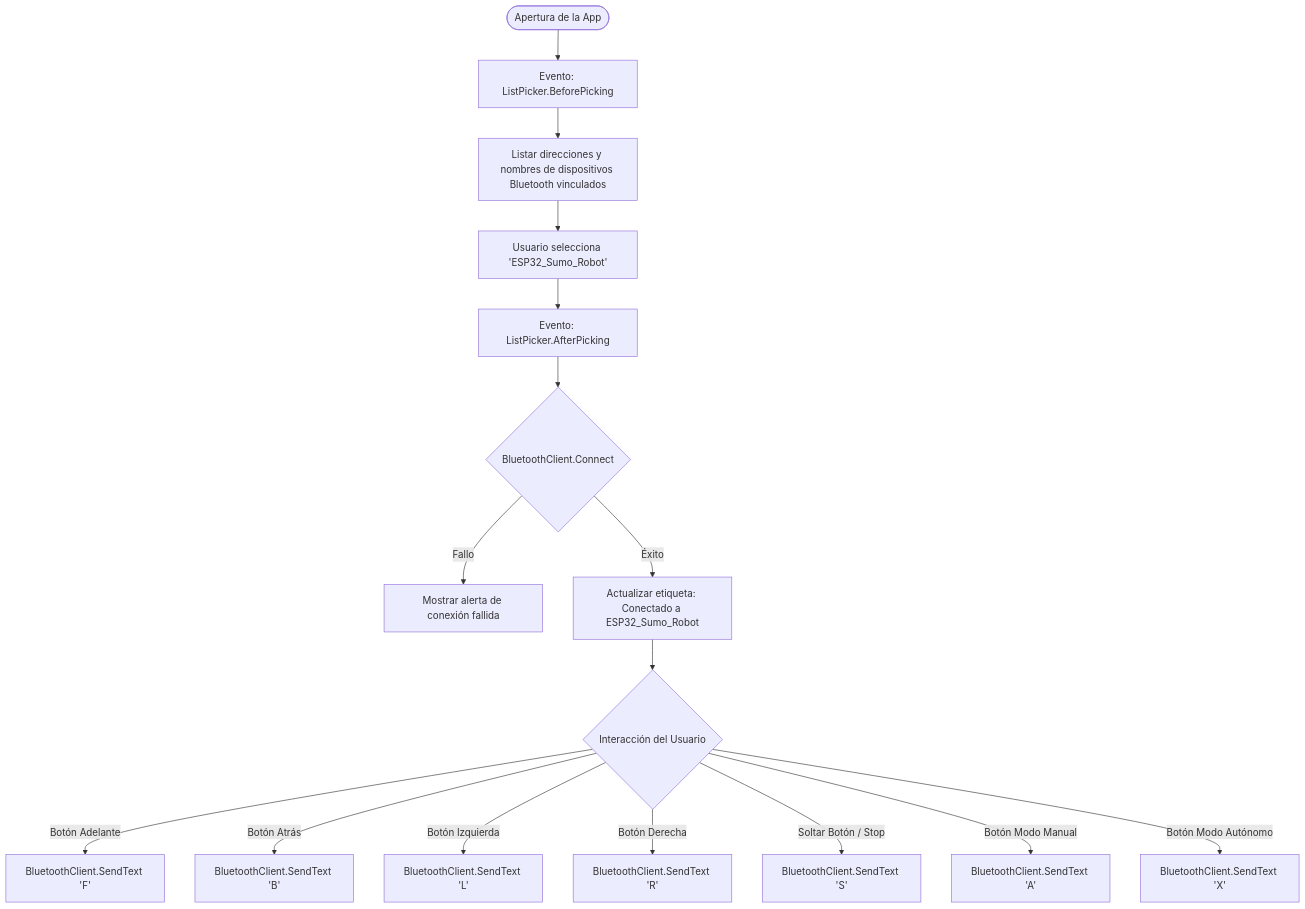
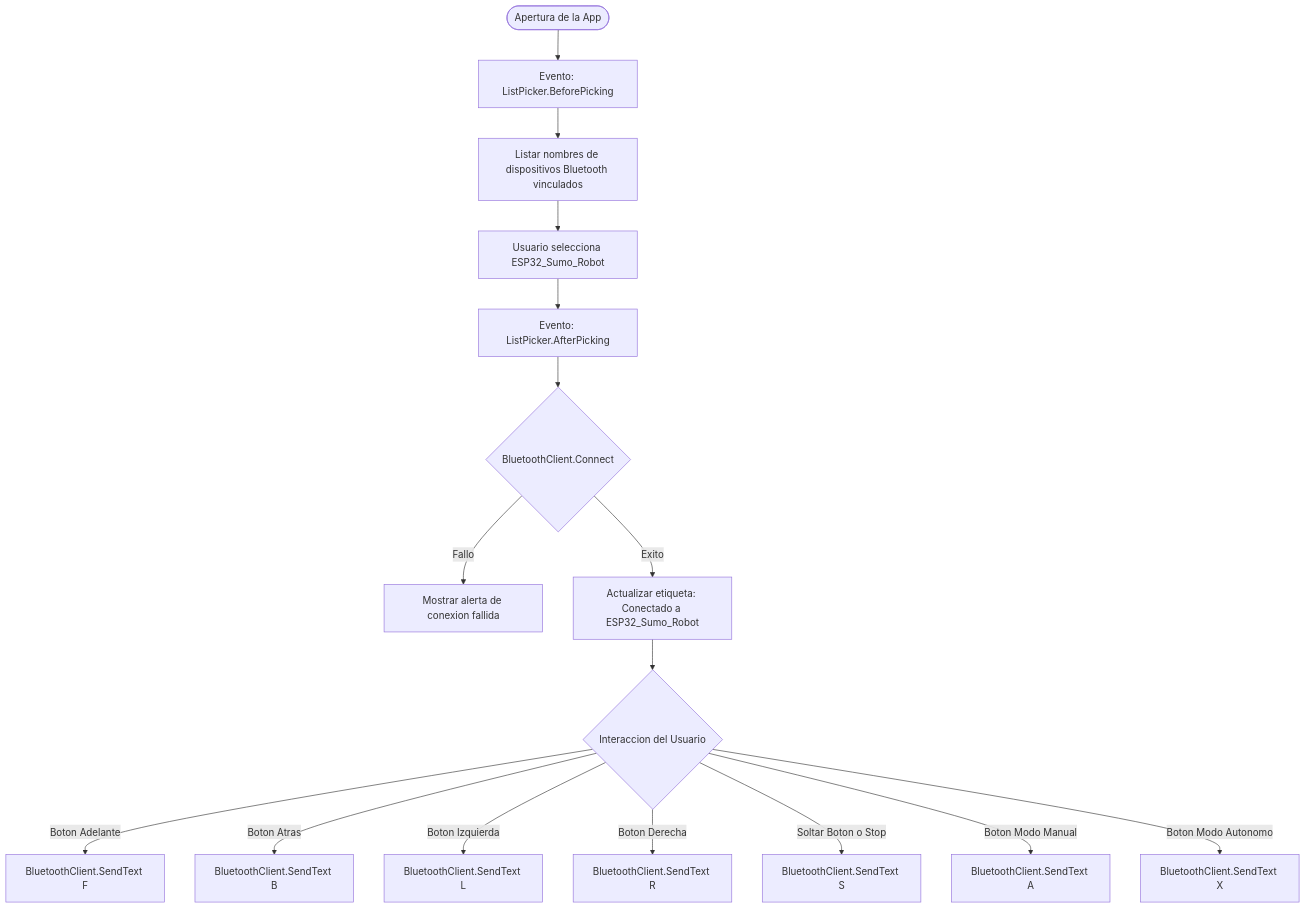
One commit to paulinopaul/robot_sumo_usando_agentes_ia changed the diagram in app/README.md. Above: the diagram before and after it, drawn with Mermaid. The commit also changed 2 other files, not shown here.

````diff
--- a/app/README.md
+++ b/app/README.md
@@ -27,22 +27,22 @@
 ```mermaid
 flowchart TD
     AppLaunch([Apertura de la App]) --> ListPickerBefore[Evento: ListPicker.BeforePicking]
-    ListPickerBefore --> ScanBT[Listar direcciones y nombres de dispositivos Bluetooth vinculados]
+    ListPickerBefore --> ScanBT[Listar nombres de dispositivos Bluetooth vinculados]
     
-    ScanBT --> SelectDevice[Usuario selecciona 'ESP32_Sumo_Robot']
+    ScanBT --> SelectDevice[Usuario selecciona ESP32_Sumo_Robot]
     SelectDevice --> ListPickerAfter[Evento: ListPicker.AfterPicking]
     
     ListPickerAfter --> ConnectBT{BluetoothClient.Connect}
-    ConnectBT -- Fallo --> MsgError[Mostrar alerta de conexión fallida]
-    ConnectBT -- Éxito --> StateConnected[Actualizar etiqueta: Conectado a ESP32_Sumo_Robot]
+    ConnectBT -- Fallo --> MsgError[Mostrar alerta de conexion fallida]
+    ConnectBT -- Exito --> StateConnected[Actualizar etiqueta: Conectado a ESP32_Sumo_Robot]
     
-    StateConnected --> TouchEvents{Interacción del Usuario}
+    StateConnected --> TouchEvents{Interaccion del Usuario}
     
-    TouchEvents -- Botón Adelante --> SendF[BluetoothClient.SendText 'F']
-    TouchEvents -- Botón Atrás --> SendB[BluetoothClient.SendText 'B']
-    TouchEvents -- Botón Izquierda --> SendL[BluetoothClient.SendText 'L']
-    TouchEvents -- Botón Derecha --> SendR[BluetoothClient.SendText 'R']
-    TouchEvents -- Soltar Botón / Stop --> SendS[BluetoothClient.SendText 'S']
-    TouchEvents -- Botón Modo Manual --> SendA[BluetoothClient.SendText 'A']
-    TouchEvents -- Botón Modo Autónomo --> SendX[BluetoothClient.SendText 'X']
+    TouchEvents -- Boton Adelante --> SendF[BluetoothClient.SendText F]
+    TouchEvents -- Boton Atras --> SendB[BluetoothClient.SendText B]
+    TouchEvents -- Boton Izquierda --> SendL[BluetoothClient.SendText L]
+    TouchEvents -- Boton Derecha --> SendR[BluetoothClient.SendText R]
+    TouchEvents -- Soltar Boton o Stop --> SendS[BluetoothClient.SendText S]
+    TouchEvents -- Boton Modo Manual --> SendA[BluetoothClient.SendText A]
+    TouchEvents -- Boton Modo Autonomo --> SendX[BluetoothClient.SendText X]
 ```
````
